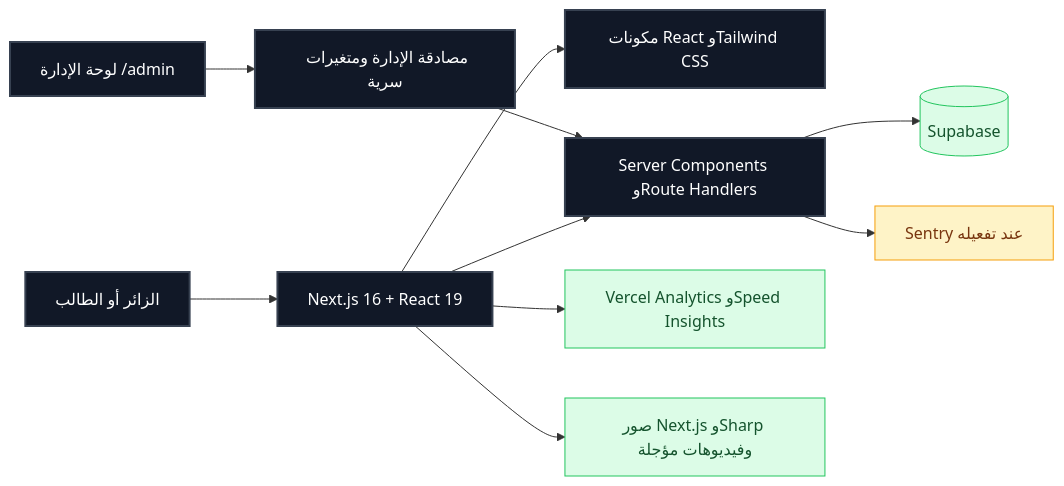
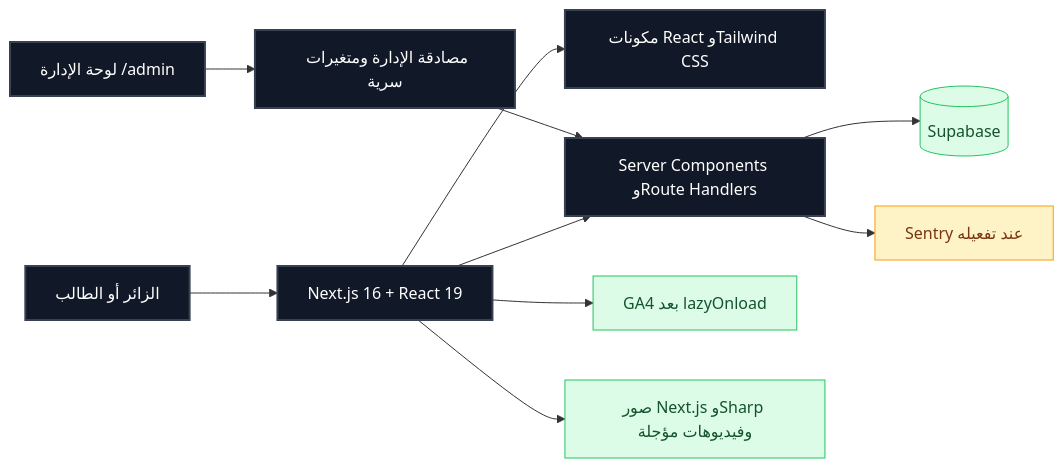
The second of 3 diagrams in README.md (alymahros25-max/v0-academy-website-development20), drawn with Mermaid before and after one commit. The commit also changed other lines of this file and 5 other files, not shown here.

````diff
--- a/README.md
+++ b/README.md
@@ -83,19 +94,19 @@
 ```mermaid
 flowchart LR
     USER[الزائر أو الطالب] --> NEXT[Next.js 16 + React 19]
     NEXT --> UI[مكونات React وTailwind CSS]
     NEXT --> SERVER[Server Components وRoute Handlers]
     SERVER --> DB[(Supabase)]
     SERVER --> OBS[Sentry عند تفعيله]
-    NEXT --> ANALYTICS[Vercel Analytics وSpeed Insights]
+    NEXT --> ANALYTICS[GA4 بعد lazyOnload]
     NEXT --> MEDIA[صور Next.js وSharp وفيديوهات مؤجلة]
     ADMINUI[لوحة الإدارة /admin] --> AUTH[مصادقة الإدارة ومتغيرات سرية]
     AUTH --> SERVER
 
     classDef app fill:#111827,color:#fff,stroke:#374151,stroke-width:2px;
     classDef service fill:#dcfce7,color:#14532d,stroke:#22c55e;
     classDef optional fill:#fef3c7,color:#78350f,stroke:#f59e0b;
     class USER,NEXT,UI,SERVER,ADMINUI,AUTH app;
     class DB,MEDIA,ANALYTICS service;
     class OBS optional;
 ```
````
